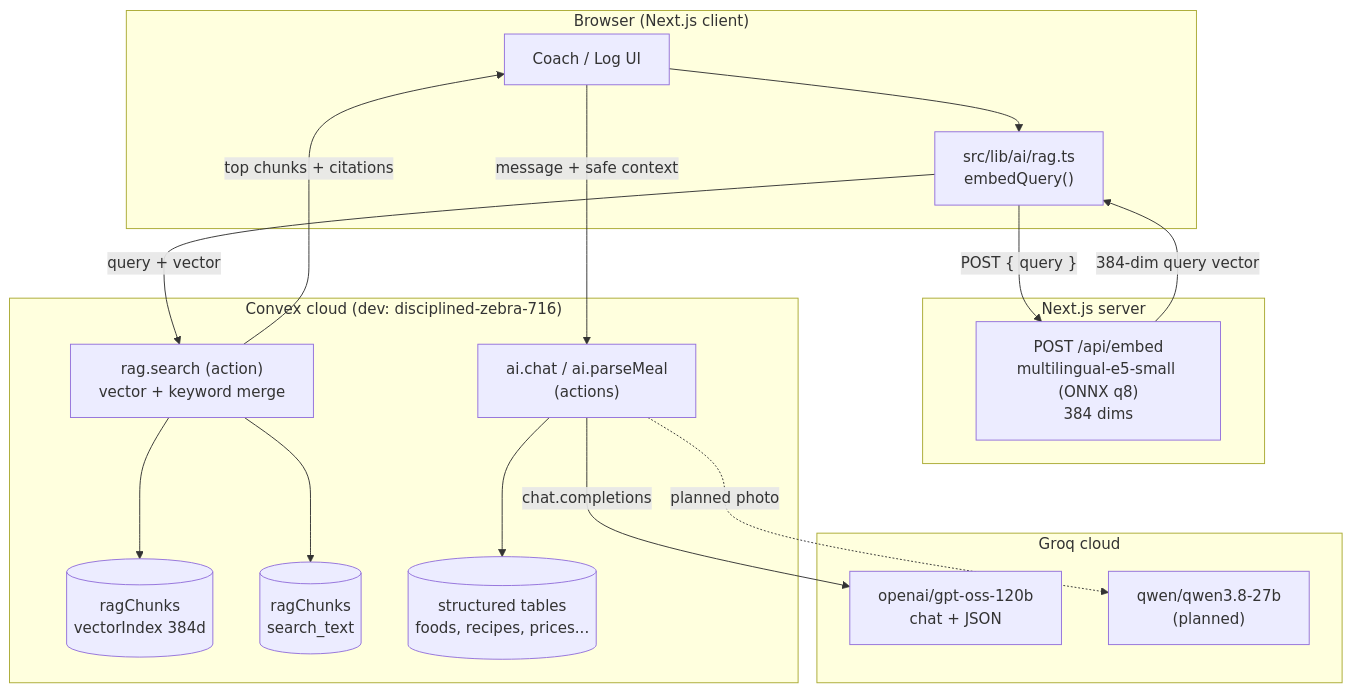
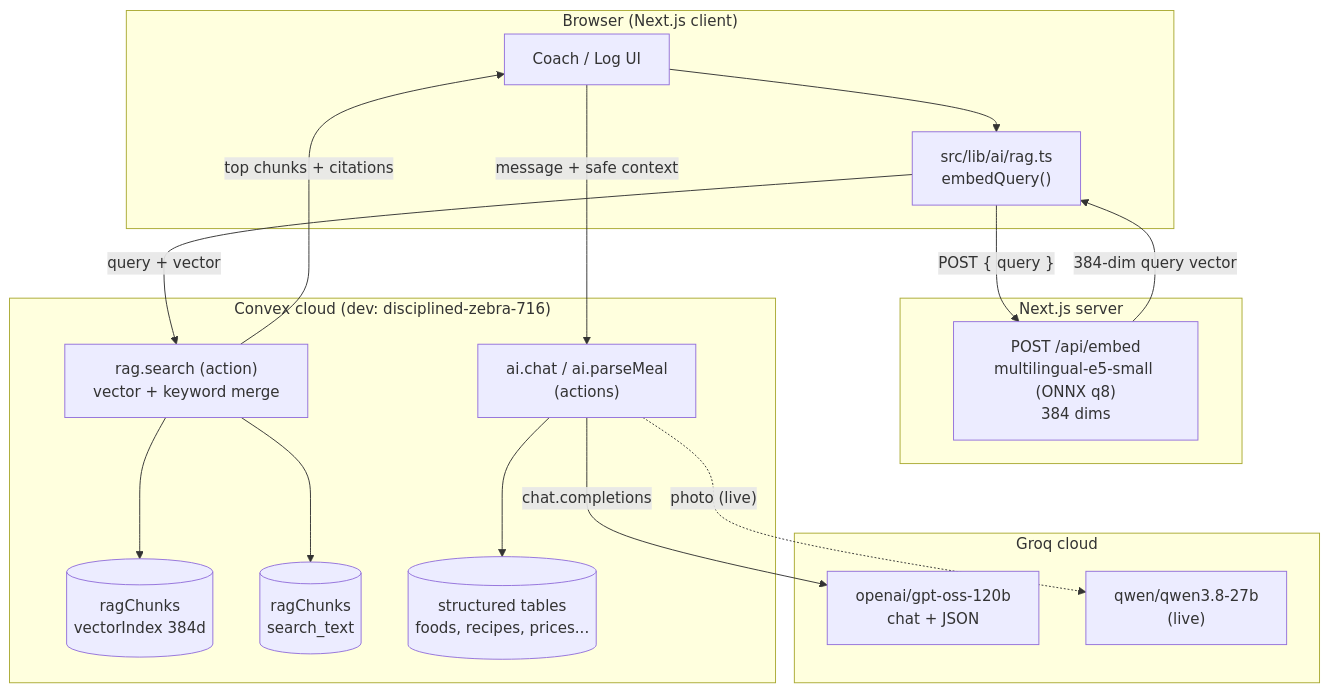
The second of 6 diagrams in docs/ai_agent.md (Moballig/habitforge), drawn with Mermaid before and after one commit. The commit also changed other lines of this file and 10 other files, not shown here.

````diff
--- a/docs/ai_agent.md
+++ b/docs/ai_agent.md
@@ -218,36 +218,36 @@
 ```mermaid
 flowchart TB
     subgraph Browser["Browser (Next.js client)"]
         UI["Coach / Log UI"]
         Helper["src/lib/ai/rag.ts<br/>embedQuery()"]
     end
 
     subgraph NextServer["Next.js server"]
         EmbedRoute["POST /api/embed<br/>multilingual-e5-small (ONNX q8)<br/>384 dims"]
     end
 
     subgraph Convex["Convex cloud (dev: disciplined-zebra-716)"]
         SearchAction["rag.search (action)<br/>vector + keyword merge"]
         VectorIdx[("ragChunks<br/>vectorIndex 384d")]
         FTS[("ragChunks<br/>search_text")]
         AIChat["ai.chat / ai.parseMeal<br/>(actions)"]
         Db[(structured tables<br/>foods, recipes, prices...)]
     end
 
     subgraph Groq["Groq cloud"]
         Chat["openai/gpt-oss-120b<br/>chat + JSON"]
-        Vision["qwen/qwen3.8-27b<br/>(planned)"]
+        Vision["qwen/qwen3.8-27b<br/>(live)"]
     end
 
     UI --> Helper
     Helper -->|"POST { query }"| EmbedRoute
     EmbedRoute -->|"384-dim query vector"| Helper
     Helper -->|"query + vector"| SearchAction
     SearchAction --> VectorIdx
     SearchAction --> FTS
     SearchAction -->|"top chunks + citations"| UI
     UI -->|"message + safe context"| AIChat
     AIChat -->|"chat.completions"| Chat
-    AIChat -.->|"planned photo"| Vision
+    AIChat -.->|"photo (live)"| Vision
     AIChat --> Db
 ```
````
